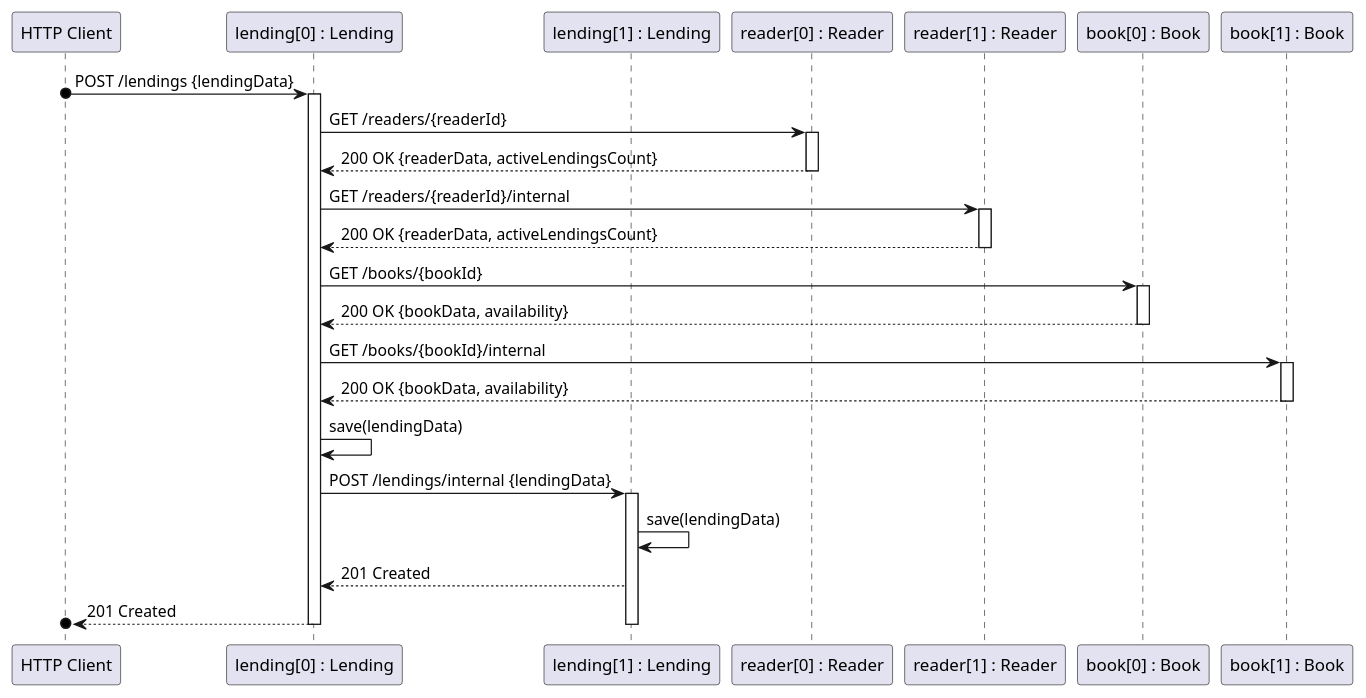
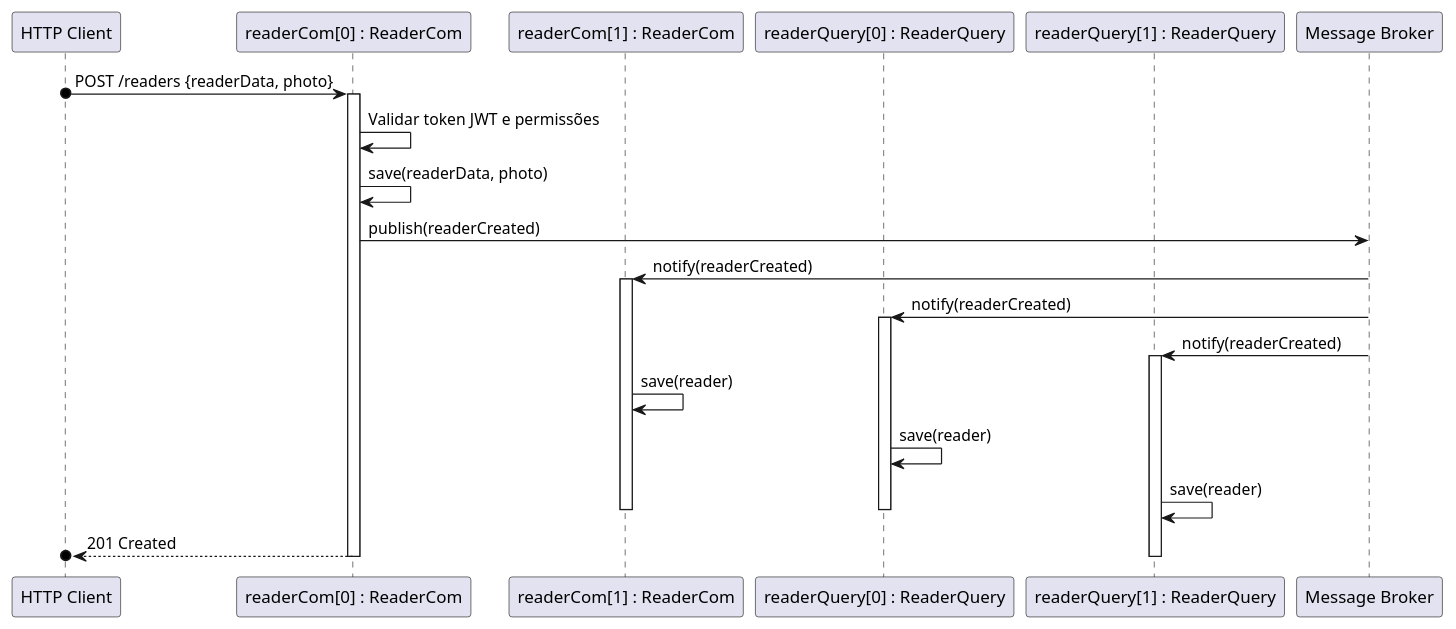
One commit to GitHubCatarina/SIDIS changed the diagram in Docs/Design/Entrega2/Vistas de Processos/Nível 2/Comunicacao_3_Microservico.puml. Above: the diagram before and after it, drawn with PlantUML. The commit also changed 20 other files, not shown here.

```diff
--- a/Docs/Design/Entrega2/Vistas de Processos/Nível 2/Comunicacao_3_Microservico.puml
+++ b/Docs/Design/Entrega2/Vistas de Processos/Nível 2/Comunicacao_3_Microservico.puml
@@ -1,52 +1,40 @@
 @startuml
+' Definindo os participantes
 participant "HTTP Client" as client
-participant "lending[0] : Lending" as lending0
-participant "lending[1] : Lending" as lending1
-participant "reader[0] : Reader" as reader0
-participant "reader[1] : Reader" as reader1
-participant "book[0] : Book" as book0
-participant "book[1] : Book" as book1
+participant "readerCom[0] : ReaderCom" as reader0
+participant "readerCom[1] : ReaderCom" as reader1
+participant "readerQuery[0] : ReaderQuery" as reader01
+participant "readerQuery[1] : ReaderQuery" as reader11
+participant "Message Broker" as mb
 
-' O cliente faz uma requisição para criar um novo empréstimo
-client o-> lending0: POST /lendings {lendingData}
-activate lending0
+' O cliente faz uma requisição para criar um novo leitor
+client o-> reader0: POST /readers {readerData, photo}
+activate reader0
 
-' Lending Service consulta a primeira instância do Reader Service
-lending0 -> reader0: GET /readers/{readerId}
-activate reader0
-reader0 --> lending0: 200 OK {readerData, activeLendingsCount}
+' O Reader Service valida o token e permissões localmente
+reader0 -> reader0: Validar token JWT e permissões
+
+' Verifica as permissões e cria o leitor
+reader0 -> reader0: save(readerData, photo)
+
+reader0 -> mb: publish(readerCreated)
+
+' Replicando dados para a outra instância (espelhamento)
+mb -> reader1: notify(readerCreated)
+activate reader1
+mb -> reader01: notify(readerCreated)
+activate reader01
+mb -> reader11: notify(readerCreated)
+activate reader11
+
+reader1 -> reader1: save(reader)
+reader01 -> reader01: save(reader)
+reader11 -> reader11: save(reader)
+deactivate reader1
+deactivate reader01
+
+' Responder ao cliente com sucesso final após a replicação
+reader0 -->o client: 201 Created
+deactivate reader11
 deactivate reader0
-
-' Lending Service consulta a segunda instância do Reader Service
-lending0 -> reader1: GET /readers/{readerId}/internal
-activate reader1
-reader1 --> lending0: 200 OK {readerData, activeLendingsCount}
-deactivate reader1
-
-' Lending Service consulta a primeira instância do Book Service
-lending0 -> book0: GET /books/{bookId}
-activate book0
-book0 --> lending0: 200 OK {bookData, availability}
-deactivate book0
-
-' Lending Service consulta a segunda instância do Book Service
-lending0 -> book1: GET /books/{bookId}/internal
-activate book1
-book1 --> lending0: 200 OK {bookData, availability}
-deactivate book1
-
-' Lending Service cria o empréstimo após todas as verificações
-lending0 -> lending0: save(lendingData)
-
-' Replicação do empréstimo para a segunda instância do Lending Service
-lending0 -> lending1: POST /lendings/internal {lendingData}
-activate lending1
-lending1 -> lending1: save(lendingData)
-lending1 --> lending0: 201 Created
-lending0 -->o client: 201 Created
-
-
-deactivate lending1
-
-deactivate lending0
 @enduml
```
